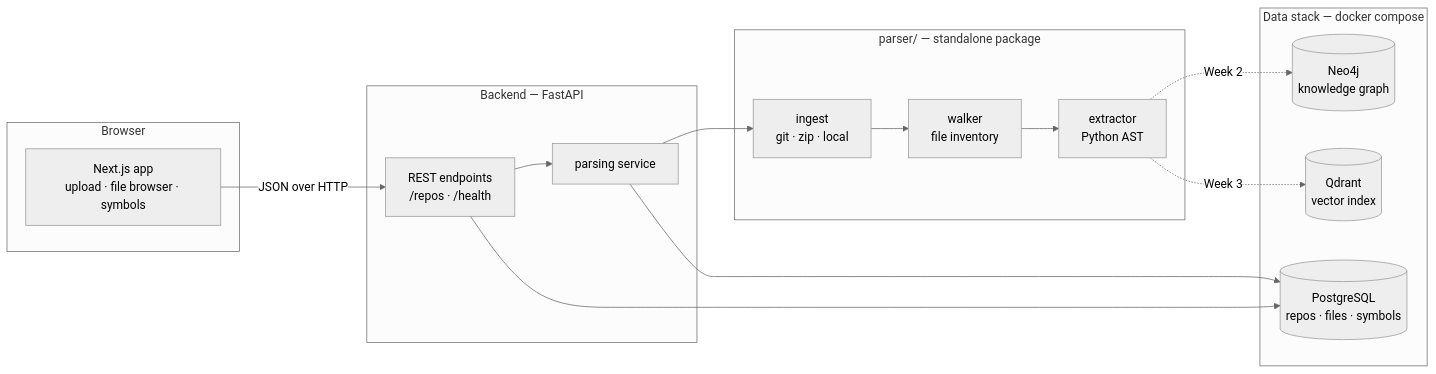
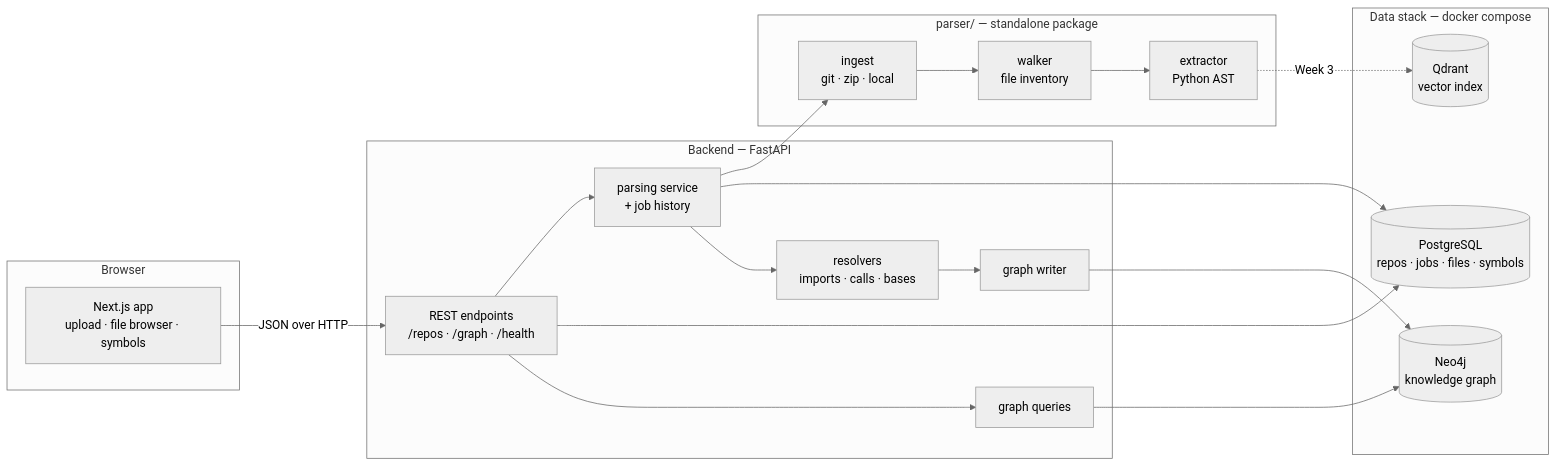
Before and after one commit to surya27-prog/ARGUS-AI-Engineering-Intelligence: the diagram in docs/architecture/overview.md, drawn with Mermaid (neutral theme). The commit also changed other lines of this file and 2 other files, not shown here.

First line of the commit message:
Week 2 Day 7: publish complete only after the graph exists; update the overview

````diff
--- a/docs/architecture/overview.md
+++ b/docs/architecture/overview.md
@@ -24,31 +29,35 @@
 ```mermaid
 flowchart LR
     subgraph client["Browser"]
         UI["Next.js app<br/>upload · file browser · symbols"]
     end
 
     subgraph api["Backend — FastAPI"]
-        REST["REST endpoints<br/>/repos · /health"]
-        SVC["parsing service"]
+        REST["REST endpoints<br/>/repos · /graph · /health"]
+        SVC["parsing service<br/>+ job history"]
+        RES["resolvers<br/>imports · calls · bases"]
+        GW["graph writer"]
+        GQ["graph queries"]
     end
 
     subgraph parser["parser/ — standalone package"]
         ING["ingest<br/>git · zip · local"]
         WALK["walker<br/>file inventory"]
         EXT["extractor<br/>Python AST"]
     end
 
     subgraph data["Data stack — docker compose"]
-        PG[("PostgreSQL<br/>repos · files · symbols")]
+        PG[("PostgreSQL<br/>repos · jobs · files · symbols")]
         NEO[("Neo4j<br/>knowledge graph")]
         QD[("Qdrant<br/>vector index")]
     end
 
     UI -->|JSON over HTTP| REST
     REST --> SVC
     SVC --> ING --> WALK --> EXT
     SVC --> PG
     REST --> PG
-    EXT -.->|Week 2| NEO
+    SVC --> RES --> GW --> NEO
+    REST --> GQ --> NEO
     EXT -.->|Week 3| QD
 ```
````
